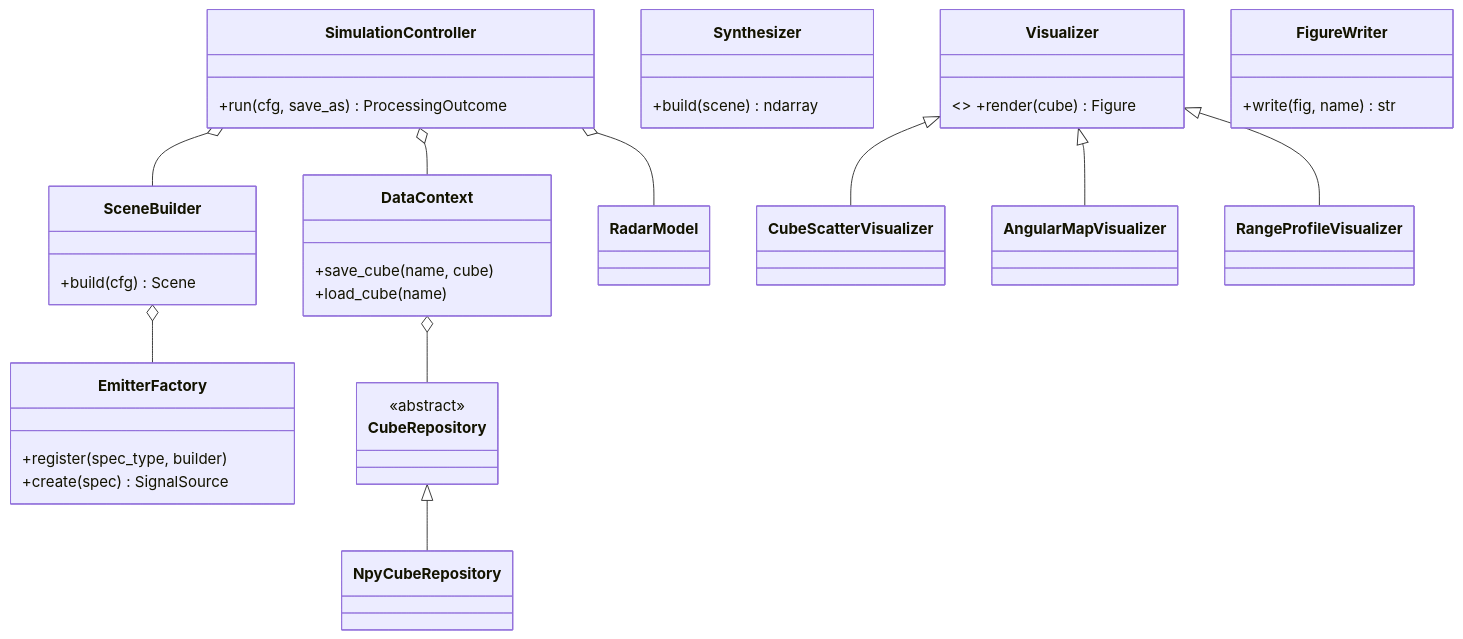
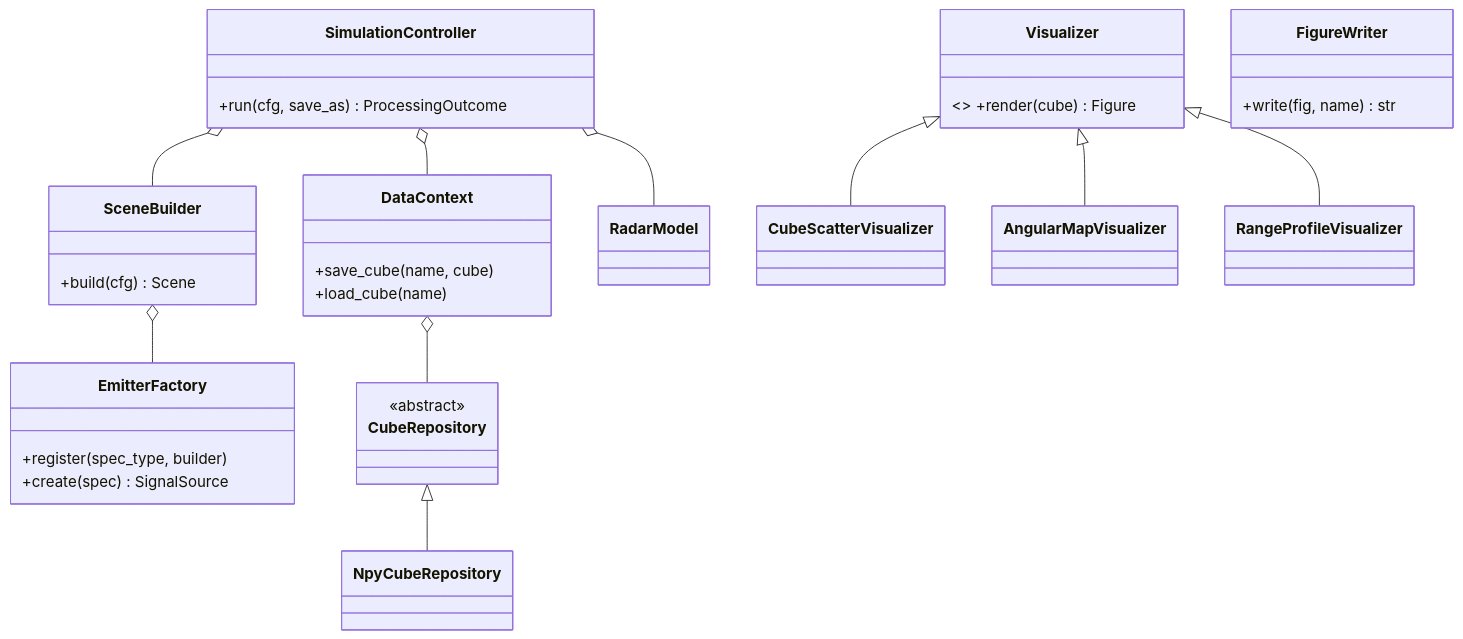
One commit to AlexLan73/Test_3FFT_model changed the eighth of 8 diagrams in Doc/architecture/C4-code.md. Above: the diagram before and after it, drawn with Mermaid. The commit also changed other lines of this file and 7 other files, not shown here.

````diff
--- a/Doc/architecture/C4-code.md
+++ b/Doc/architecture/C4-code.md
@@ -148,30 +283,27 @@
 ```mermaid
 classDiagram
-    class SimulationController {
-        +run(cfg, save_as) ProcessingOutcome
-    }
+    class SimulationController { +run(cfg, save_as) ProcessingOutcome }
     class SceneBuilder { +build(cfg) Scene }
     class EmitterFactory {
         +register(spec_type, builder)
         +create(spec) SignalSource
     }
-    class Synthesizer { +build(scene) ndarray }
     class DataContext {
         +save_cube(name, cube)
         +load_cube(name)
     }
     class CubeRepository { <<abstract>> }
     class NpyCubeRepository
     class Visualizer { <<abstract>> +render(cube) Figure }
     class FigureWriter { +write(fig, name) str }
 
     SimulationController o-- RadarModel
     SimulationController o-- SceneBuilder
     SimulationController o-- DataContext
     SceneBuilder o-- EmitterFactory
     DataContext o-- CubeRepository
     CubeRepository <|-- NpyCubeRepository
     Visualizer <|-- CubeScatterVisualizer
     Visualizer <|-- AngularMapVisualizer
     Visualizer <|-- RangeProfileVisualizer
 ```
````
